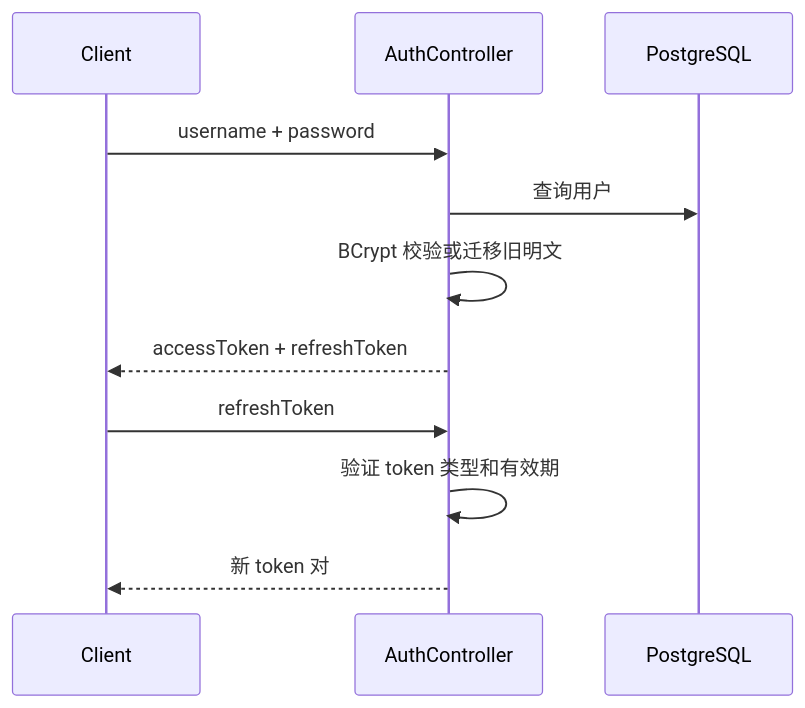
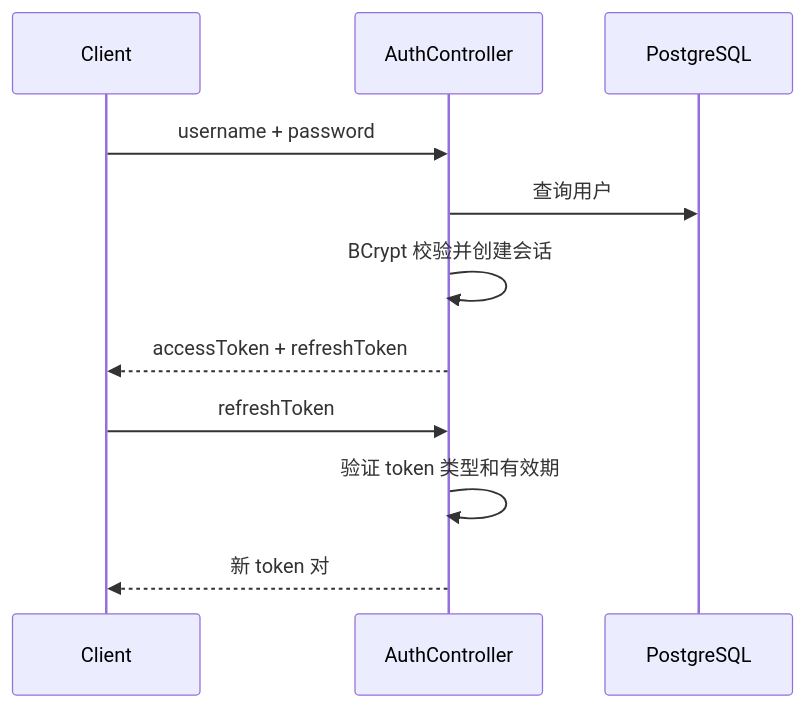
One commit to fewhuooo/Auralis changed the second of 4 diagrams in docs/project/Architecture.md. Above: the diagram before and after it, drawn with Mermaid. The commit also changed other lines of this file and 5 other files, not shown here.

Commit message:
docs: design pc tauri ai reading flow

````diff
--- a/docs/project/Architecture.md
+++ b/docs/project/Architecture.md
@@ -104,13 +103,13 @@
 ```mermaid
 sequenceDiagram
   participant C as Client
   participant A as AuthController
   participant DB as PostgreSQL
   C->>A: username + password
   A->>DB: 查询用户
-  A->>A: BCrypt 校验或迁移旧明文
+  A->>A: BCrypt 校验并创建会话
   A-->>C: accessToken + refreshToken
   C->>A: refreshToken
   A->>A: 验证 token 类型和有效期
   A-->>C: 新 token 对
 ```
````
